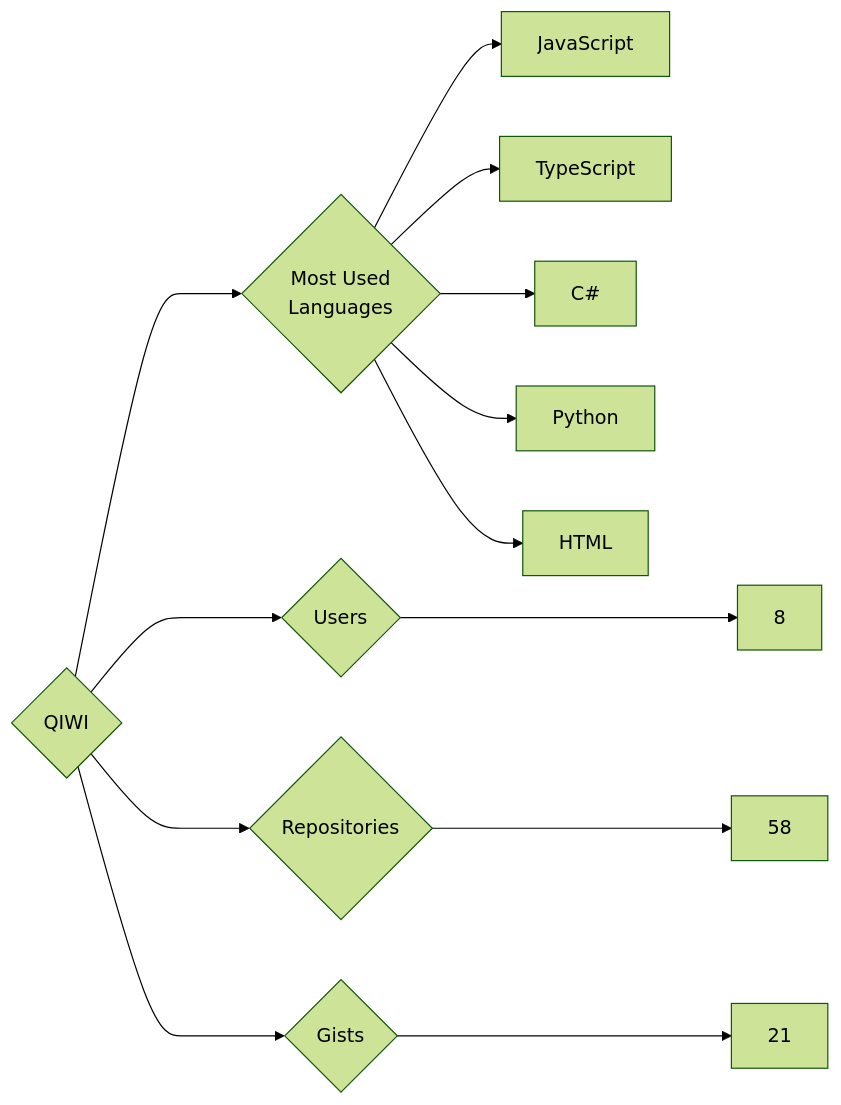
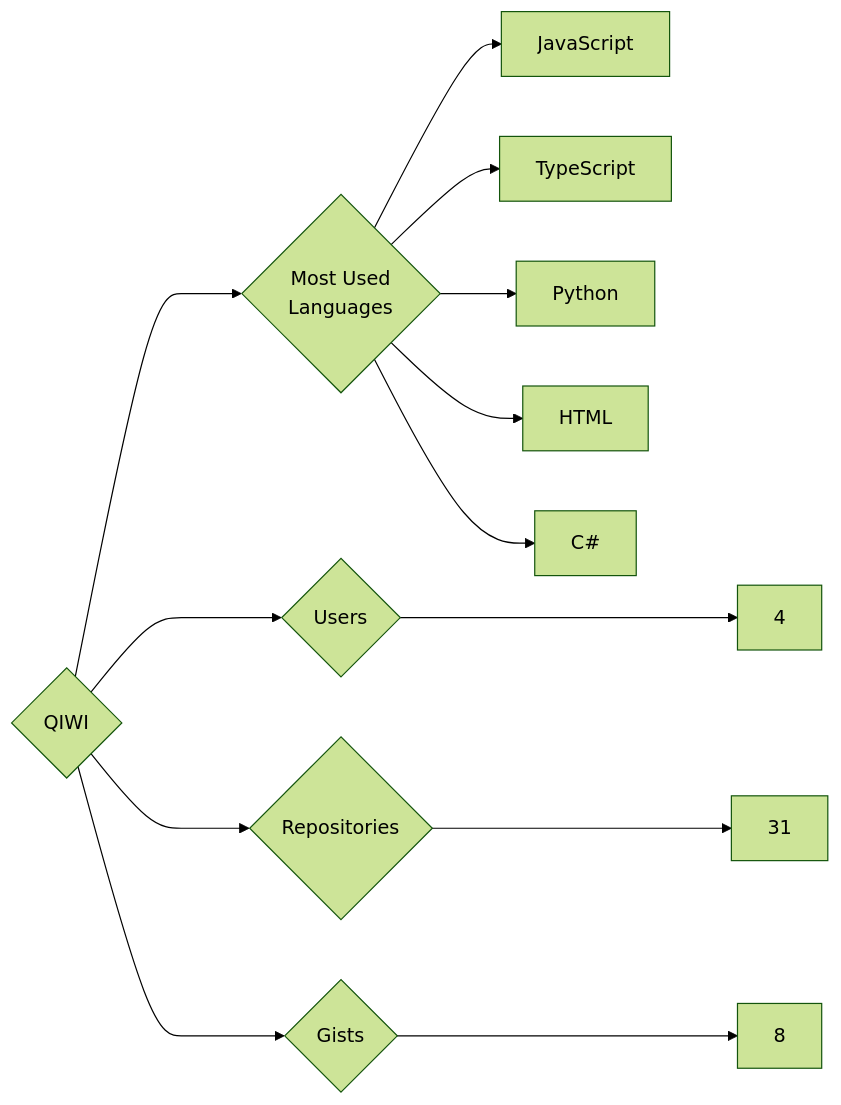
The diagram in targets/QIWI/README.md (trickest/insiders), drawn with Mermaid (forest theme) before and after one commit. The commit also changed 976 other files, not shown here.

````diff
--- a/targets/QIWI/README.md
+++ b/targets/QIWI/README.md
@@ -3,13 +3,13 @@
 ```mermaid
 graph LR
 COMPANY_NAME{QIWI}
-COMPANY_NAME ---> U{Users} ---> UN[8]
-COMPANY_NAME ---> R{Repositories} ---> RN[58]
-COMPANY_NAME ---> G{Gists} ---> GN[21]
+COMPANY_NAME ---> U{Users} ---> UN[4]
+COMPANY_NAME ---> R{Repositories} ---> RN[31]
+COMPANY_NAME ---> G{Gists} ---> GN[8]
 COMPANY_NAME ---> ML{Most Used<br>Languages}
 ML --> JavaScript[JavaScript]
 ML --> TypeScript[TypeScript]
-ML --> C#[C#]
 ML --> Python[Python]
 ML --> HTML[HTML]
+ML --> C#[C#]
 ```
````
